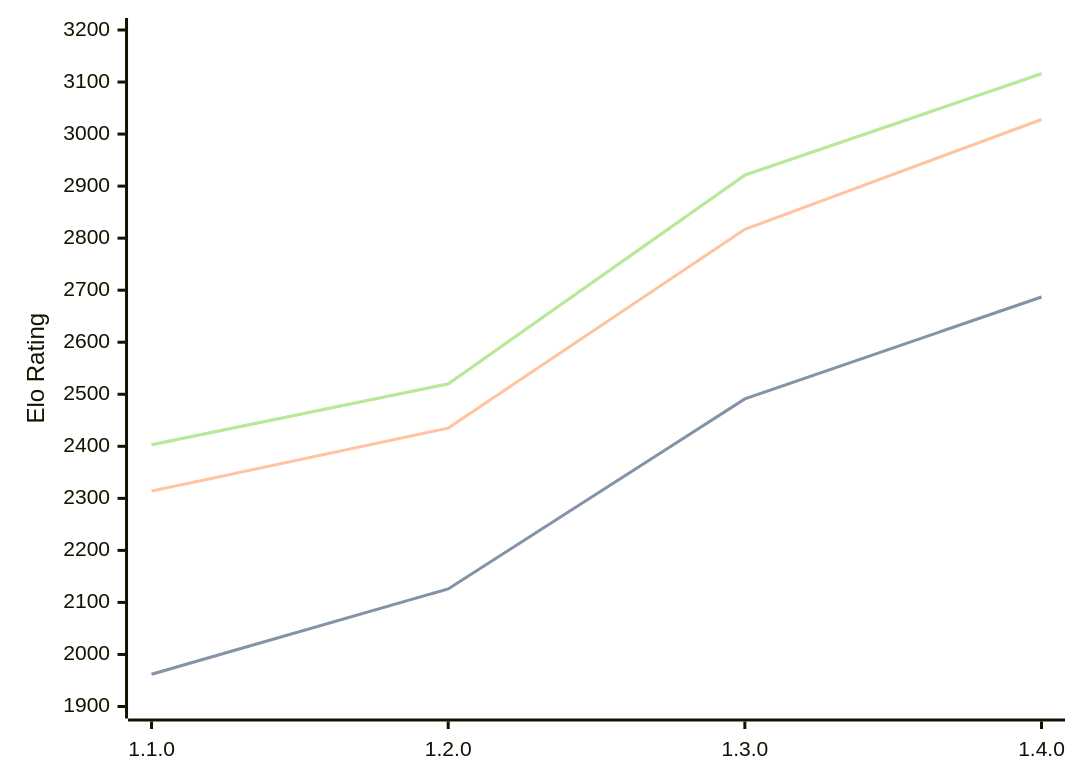
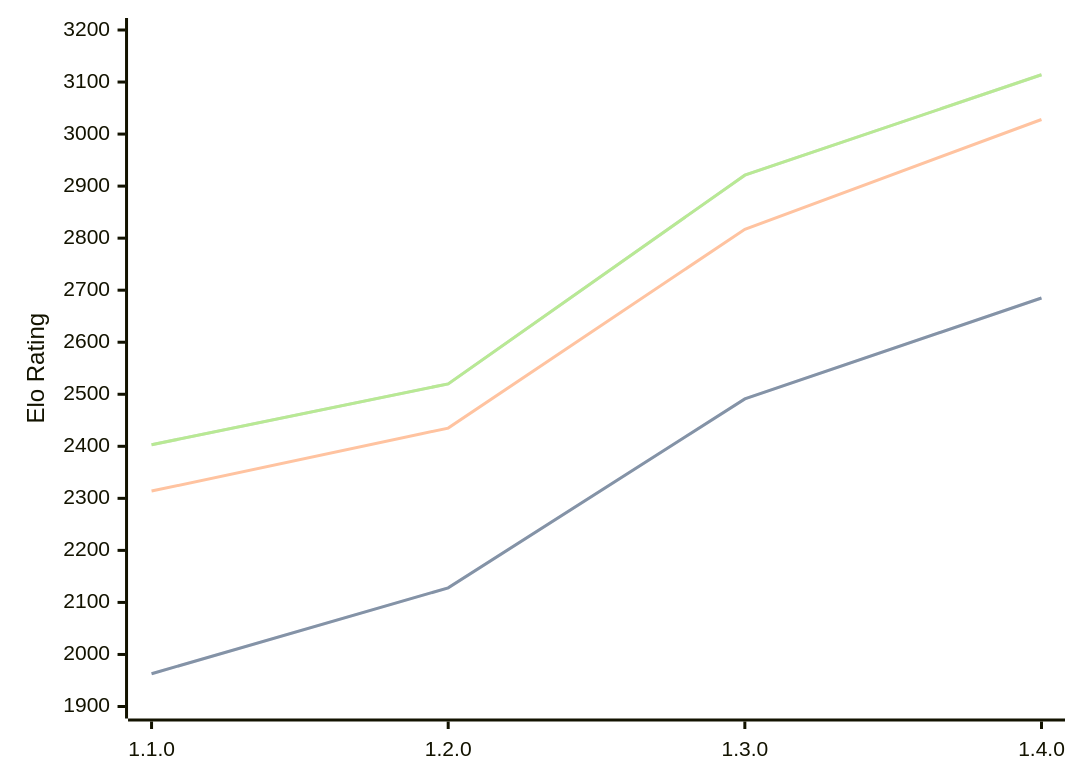
Before and after one commit to computer-chess-index/cci: the diagram in engines/Gyatso.md, drawn with Mermaid. The commit also changed other lines of this file, not shown here.

Commit message:
Update CCI Ratings (ELO VLTC) - 2026-09-06

````diff
--- a/engines/Gyatso.md
+++ b/engines/Gyatso.md
@@ -36,11 +36,11 @@
 ```mermaid
 %%{init: {"theme":"base","themeVariables":{"seriesColors:['#a3a3a3','#222221','#faa371']}}}%%
 xychart-beta
   x-axis ["1.1.0", "1.2.0", "1.3.0", "1.4.0"]
   y-axis "Elo Rating" 1900 --> 3200
-  line "" [1962, 2126, 2491, 2687]
-  line "STC (8.0+0.08s)" [1962, 2126, 2491, 2687]
+  line "" [1963, 2128, 2491, 2685]
+  line "STC (8.0+0.08s)" [1963, 2128, 2491, 2685]
   line "LTC (60.0+0.60s)" [2314, 2435, 2817, 3028]
-  line "" [2403, 2520, 2921, 3116]
-  line "VLTC (2m24s+1.12s)" [2403, 2520, 2921, 3116]
+  line "" [2403, 2520, 2921, 3114]
+  line "VLTC (2m24s+1.12s)" [2403, 2520, 2921, 3114]
 ```
````
